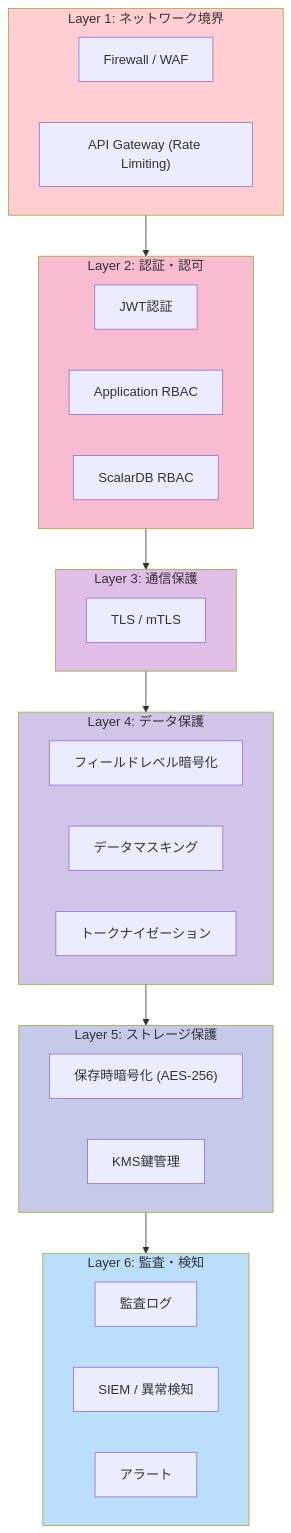
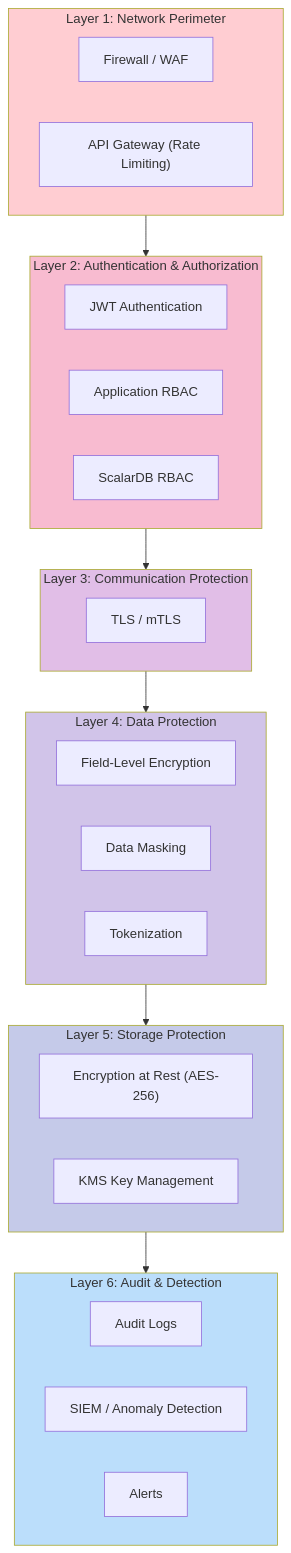
Before and after one commit to wfukatsu/nexus-architect: the fourth of 4 diagrams in workflow/greenfield/08_security_design.md, drawn with Mermaid. The commit also changed other lines of this file and 6 other files, not shown here.

````diff
--- a/workflow/greenfield/08_security_design.md
+++ b/workflow/greenfield/08_security_design.md
@@ -536,44 +536,44 @@
 ```mermaid
 flowchart TB
-    subgraph Layer1["Layer 1: ネットワーク境界"]
+    subgraph Layer1["Layer 1: Network Perimeter"]
         FW["Firewall / WAF"]
         APIGW["API Gateway (Rate Limiting)"]
     end
 
-    subgraph Layer2["Layer 2: 認証・認可"]
-        JWT["JWT認証"]
+    subgraph Layer2["Layer 2: Authentication & Authorization"]
+        JWT["JWT Authentication"]
         RBAC_APP["Application RBAC"]
         RBAC_SDB["ScalarDB RBAC"]
     end
 
-    subgraph Layer3["Layer 3: 通信保護"]
+    subgraph Layer3["Layer 3: Communication Protection"]
         TLS["TLS / mTLS"]
     end
 
-    subgraph Layer4["Layer 4: データ保護"]
-        FIELD_ENC["フィールドレベル暗号化"]
-        MASK["データマスキング"]
-        TOKEN["トークナイゼーション"]
+    subgraph Layer4["Layer 4: Data Protection"]
+        FIELD_ENC["Field-Level Encryption"]
+        MASK["Data Masking"]
+        TOKEN["Tokenization"]
     end
 
-    subgraph Layer5["Layer 5: ストレージ保護"]
-        ENC_REST["保存時暗号化 (AES-256)"]
-        KMS["KMS鍵管理"]
+    subgraph Layer5["Layer 5: Storage Protection"]
+        ENC_REST["Encryption at Rest (AES-256)"]
+        KMS["KMS Key Management"]
     end
 
-    subgraph Layer6["Layer 6: 監査・検知"]
-        AUDIT["監査ログ"]
-        SIEM["SIEM / 異常検知"]
-        ALERT["アラート"]
+    subgraph Layer6["Layer 6: Audit & Detection"]
+        AUDIT["Audit Logs"]
+        SIEM["SIEM / Anomaly Detection"]
+        ALERT["Alerts"]
     end
 
     Layer1 --> Layer2 --> Layer3 --> Layer4 --> Layer5
     Layer5 --> Layer6
 
     style Layer1 fill:#ffcdd2
     style Layer2 fill:#f8bbd0
     style Layer3 fill:#e1bee7
     style Layer4 fill:#d1c4e9
     style Layer5 fill:#c5cae9
     style Layer6 fill:#bbdefb
 ```
````
